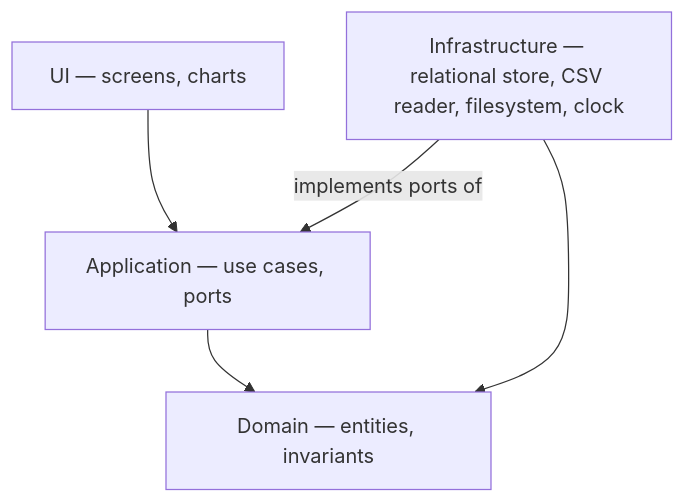
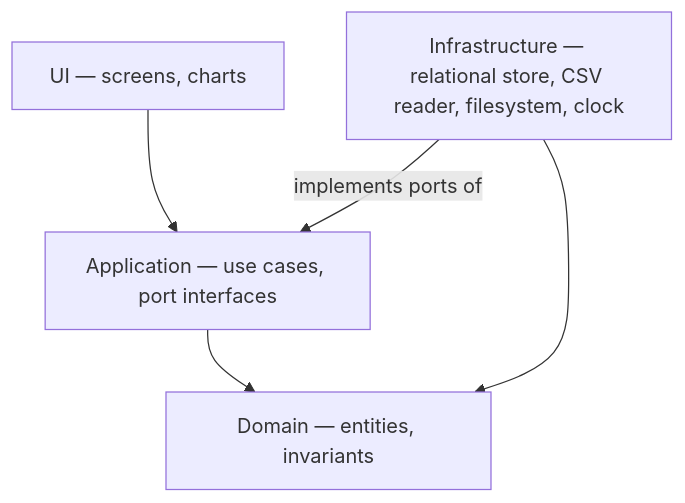
Before and after one commit to stolle42/financialCopilot: the first of 4 diagrams in architecture.md, drawn with Mermaid. The commit also changed other lines of this file, not shown here.

Commit message:
every diagram has its own meaning of boxes, not uniform -> fix faulty description

````diff
--- a/architecture.md
+++ b/architecture.md
@@ -31,12 +23,12 @@
 ```mermaid
 flowchart TD
     UI["UI — screens, charts"]
-    APP["Application — use cases, ports"]
+    APP["Application — use cases, port interfaces"]
     DOM["Domain — entities, invariants"]
     INF["Infrastructure — relational store, CSV reader, filesystem, clock"]
 
     UI --> APP
     APP --> DOM
     INF -->|implements ports of| APP
     INF --> DOM
 ```
````
